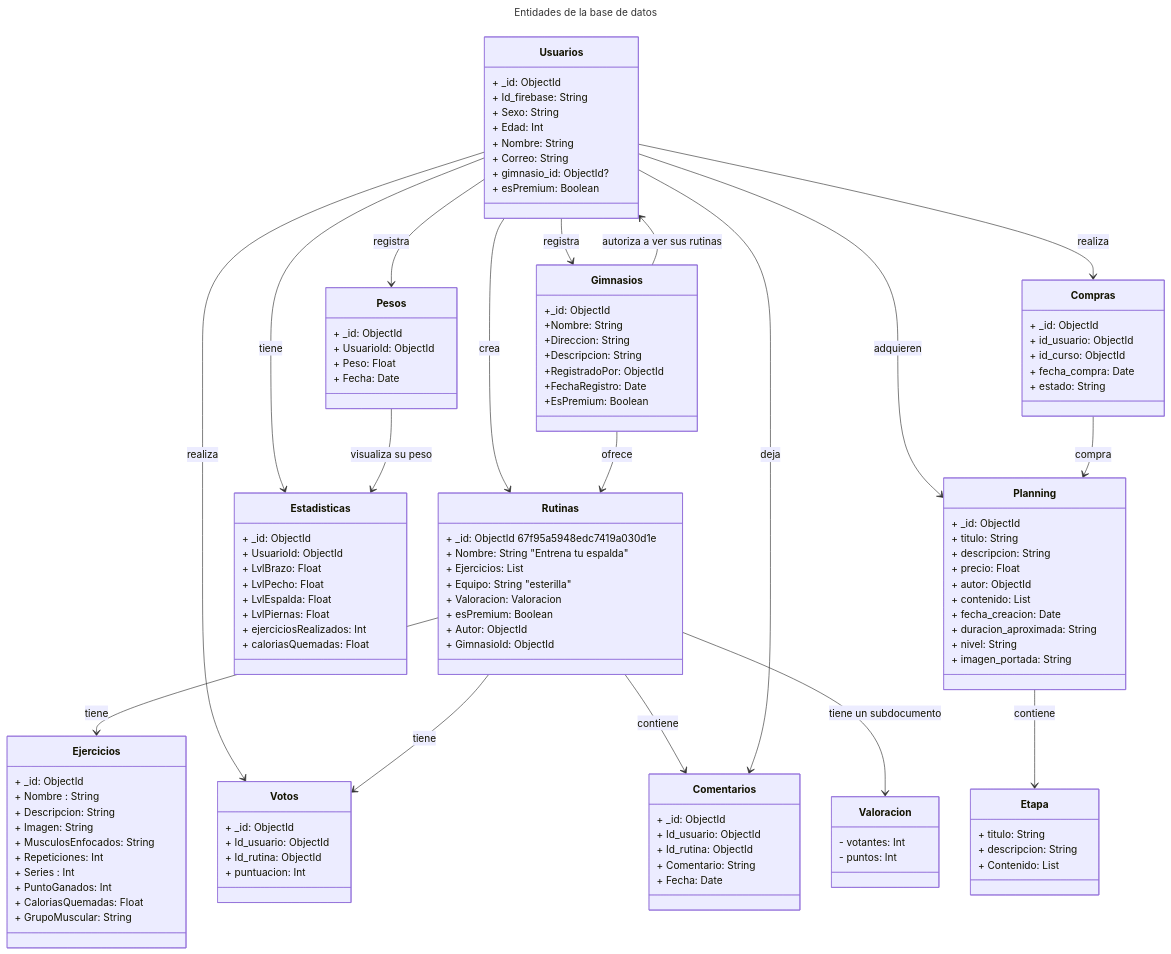
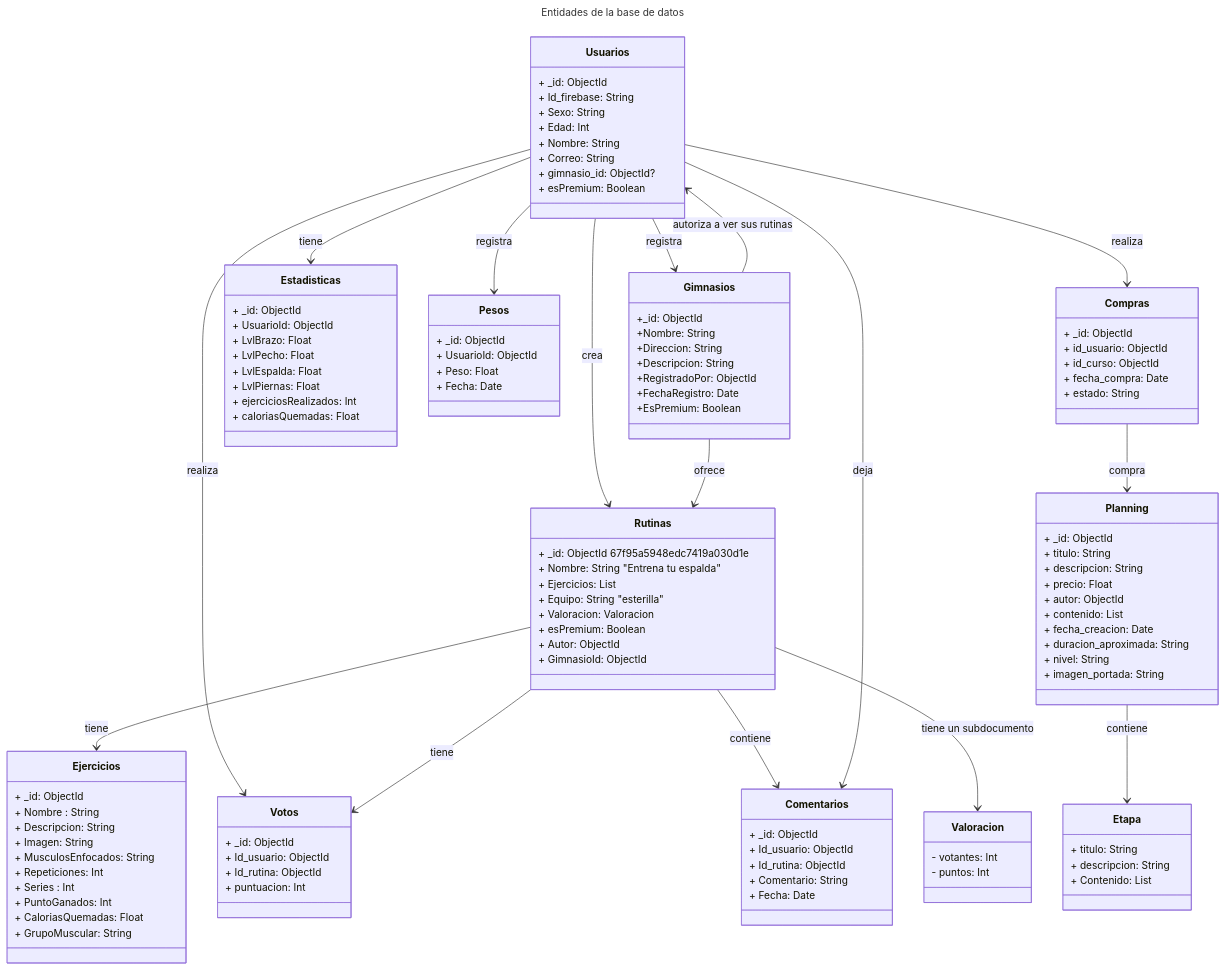
One commit to dganicolas/RutifyApi changed the second of 4 diagrams in readme.md. Above: the diagram before and after it, drawn with Mermaid.

Commit message:
finalizado el diagrama de clases

```diff
--- a/readme.md
+++ b/readme.md
@@ -52,10 +52,8 @@
     Usuarios --> Estadisticas : tiene
     Usuarios --> Pesos : registra
     Planning --> Etapa : contiene
-    Usuarios --> Planning : adquieren 
     Usuarios --> Compras : realiza
     Compras --> Planning : compra
-    Pesos --> Estadisticas : visualiza su peso
     
     class Usuarios{
         + _id: ObjectId
```
